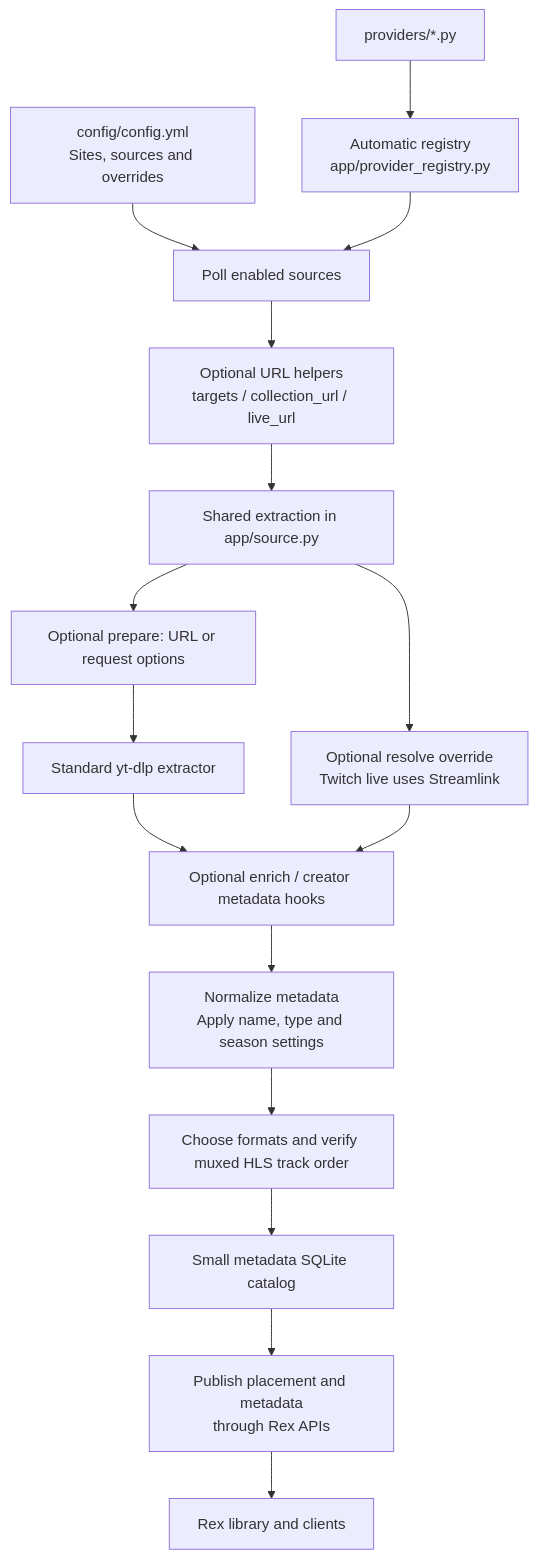
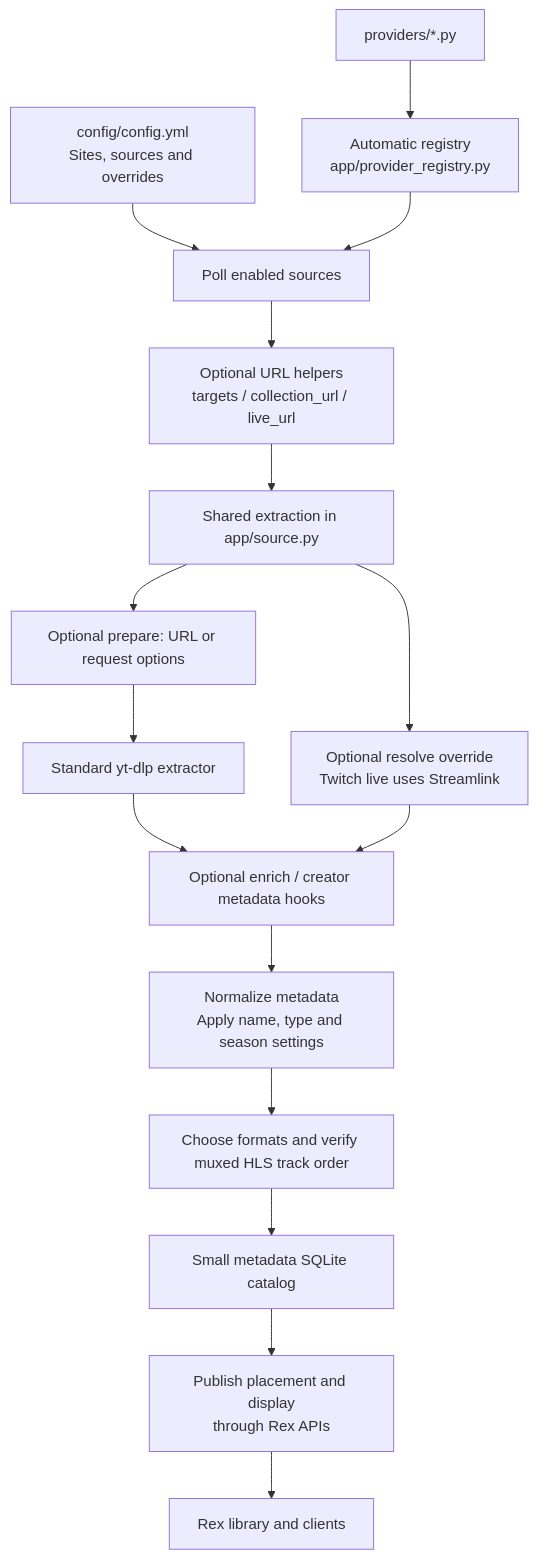
The first of 3 diagrams in docs/ARCHITECTURE.md (bastardsandcheats/rex-youtube), drawn with Mermaid before and after one commit. The commit also changed other lines of this file and 16 other files, not shown here.

First line of the commit message:
Add Rex collections, feed display metadata and per-site polling

````diff
--- a/docs/ARCHITECTURE.md
+++ b/docs/ARCHITECTURE.md
@@ -33,18 +34,18 @@
 ```mermaid
 flowchart TD
     yaml["config/config.yml<br/>Sites, sources and overrides"] --> poll["Poll enabled sources"]
     files["providers/*.py"] --> registry["Automatic registry<br/>app/provider_registry.py"]
     registry --> poll
     poll --> targets["Optional URL helpers<br/>targets / collection_url / live_url"]
     targets --> extract["Shared extraction in app/source.py"]
     extract --> prepare["Optional prepare: URL or request options"]
     prepare --> ytdlp["Standard yt-dlp extractor"]
     extract --> resolve["Optional resolve override<br/>Twitch live uses Streamlink"]
     ytdlp --> enrich["Optional enrich / creator metadata hooks"]
     resolve --> enrich
     enrich --> normalize["Normalize metadata<br/>Apply name, type and season settings"]
     normalize --> plan["Choose formats and verify muxed HLS track order"]
     plan --> sqlite["Small metadata SQLite catalog"]
-    sqlite --> feed["Publish placement and metadata<br/>through Rex APIs"]
+    sqlite --> feed["Publish placement and display<br/>through Rex APIs"]
     feed --> rex["Rex library and clients"]
 ```
````
